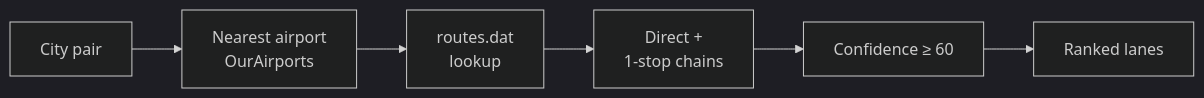
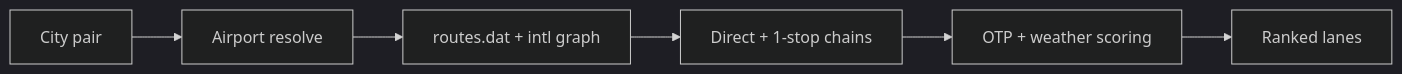
One commit to kvb1201/LogiFlow-Solution-Challenge-2026 changed the fourth of 6 diagrams in README.md. Above: the diagram before and after it, drawn with Mermaid (dark theme). The commit also changed other lines of this file and 33 other files, not shown here.

First line of the commit message:
Refactor implementation documentation and update platform architecture

````diff
--- a/README.md
+++ b/README.md
@@ -181,8 +192,8 @@
 ```mermaid
 flowchart LR
-    A["City pair"] --> B["Nearest airport\nOurAirports"]
-    B --> C["routes.dat\nlookup"]
-    C --> D["Direct +\n1-stop chains"]
-    D --> E["Confidence ≥ 60"]
+    A["City pair"] --> B["Airport resolve"]
+    B --> C["routes.dat + intl graph"]
+    C --> D["Direct + 1-stop chains"]
+    D --> E["OTP + weather scoring"]
     E --> F["Ranked lanes"]
 ```
````
